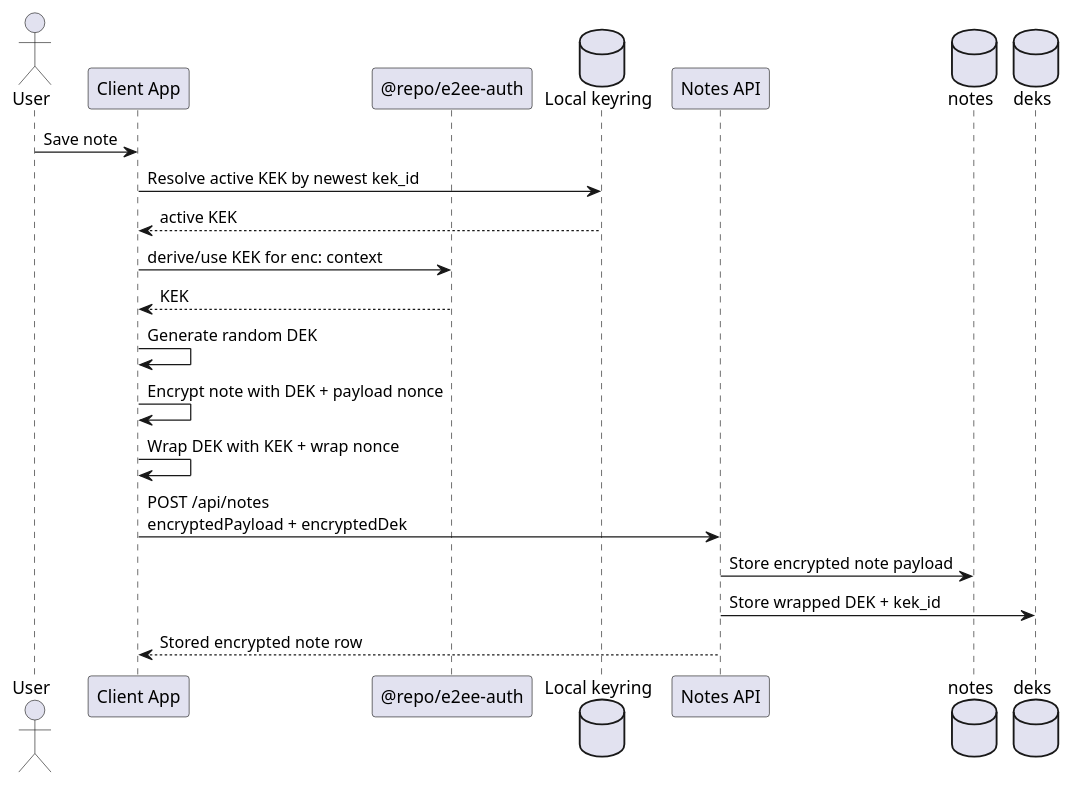
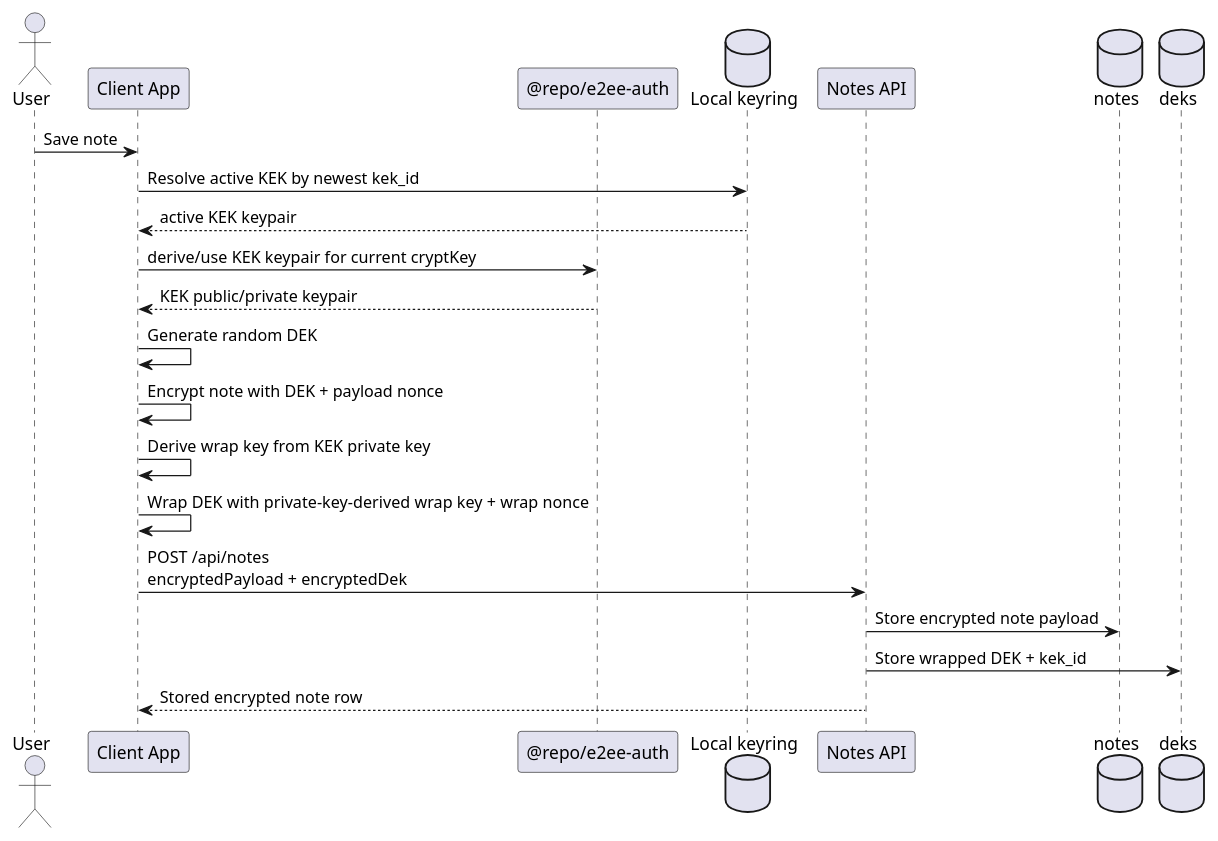
Before and after one commit to benedikt-weyer/preset-reactnative-expo-frontend-rust-backend-e2ee-github: the first of 3 diagrams in apps/docs/docs/auth-note-encryption.md, drawn with PlantUML. The commit also changed other lines of this file and 31 other files, not shown here.

First line of the commit message:
feat!: implement asymmetric KEK keypair management and encryption

````diff
--- a/apps/docs/docs/auth-note-encryption.md
+++ b/apps/docs/docs/auth-note-encryption.md
@@ -26,26 +28,27 @@
 ```plantuml format="svg_inline" alt="Encrypted note save sequence" title="Encrypted note save sequence"
 @startuml
 skinparam shadowing false
 
 actor User
 participant "Client App" as Client
 participant "@repo/e2ee-auth" as Shared
 database "Local keyring" as Keyring
 participant "Notes API" as Api
 database "notes" as Notes
 database "deks" as Deks
 
 User -> Client: Save note
 Client -> Keyring: Resolve active KEK by newest kek_id
-Keyring --> Client: active KEK
-Client -> Shared: derive/use KEK for enc: context
-Shared --> Client: KEK
+Keyring --> Client: active KEK keypair
+Client -> Shared: derive/use KEK keypair for current cryptKey
+Shared --> Client: KEK public/private keypair
 Client -> Client: Generate random DEK
 Client -> Client: Encrypt note with DEK + payload nonce
-Client -> Client: Wrap DEK with KEK + wrap nonce
+Client -> Client: Derive wrap key from KEK private key
+Client -> Client: Wrap DEK with private-key-derived wrap key + wrap nonce
 Client -> Api: POST /api/notes\nencryptedPayload + encryptedDek
 Api -> Notes: Store encrypted note payload
 Api -> Deks: Store wrapped DEK + kek_id
 Api --> Client: Stored encrypted note row
 @enduml
 ```
````
